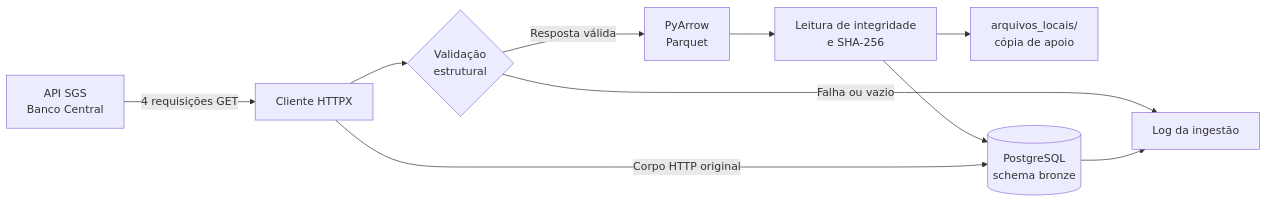
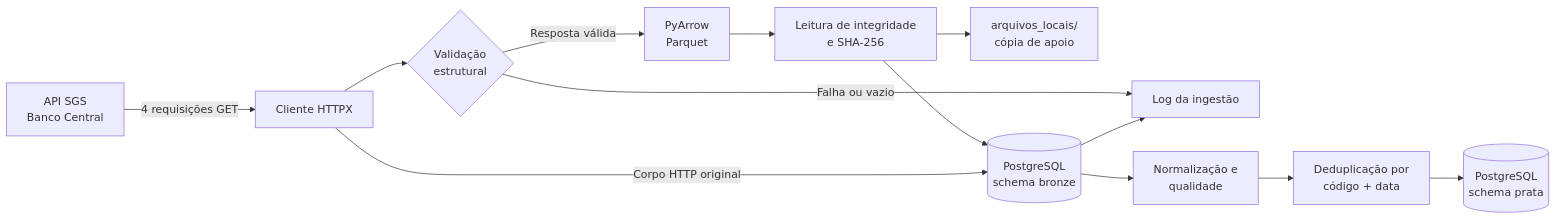
Before and after one commit to aamartins86/emp_dados_01_desafio_final_pipeline: the diagram in README.md, drawn with Mermaid. The commit also changed other lines of this file and 1 other file, not shown here.

Commit message:
documenta especificacao e execucao da camada prata

````diff
--- a/README.md
+++ b/README.md
@@ -62,12 +63,15 @@
 ```mermaid
 flowchart LR
     A[API SGS<br/>Banco Central] -->|4 requisições GET| B[Cliente HTTPX]
     B --> C{Validação<br/>estrutural}
     C -->|Resposta válida| D[PyArrow<br/>Parquet]
     C -->|Falha ou vazio| H[Log da ingestão]
     D --> E[Leitura de integridade<br/>e SHA-256]
     E --> F[arquivos_locais/<br/>cópia de apoio]
     E --> G[(PostgreSQL<br/>schema bronze)]
     B -->|Corpo HTTP original| G
     G --> H
+    G --> I[Normalização e<br/>qualidade]
+    I --> J[Deduplicação por<br/>código + data]
+    J --> K[(PostgreSQL<br/>schema prata)]
 ```
````
